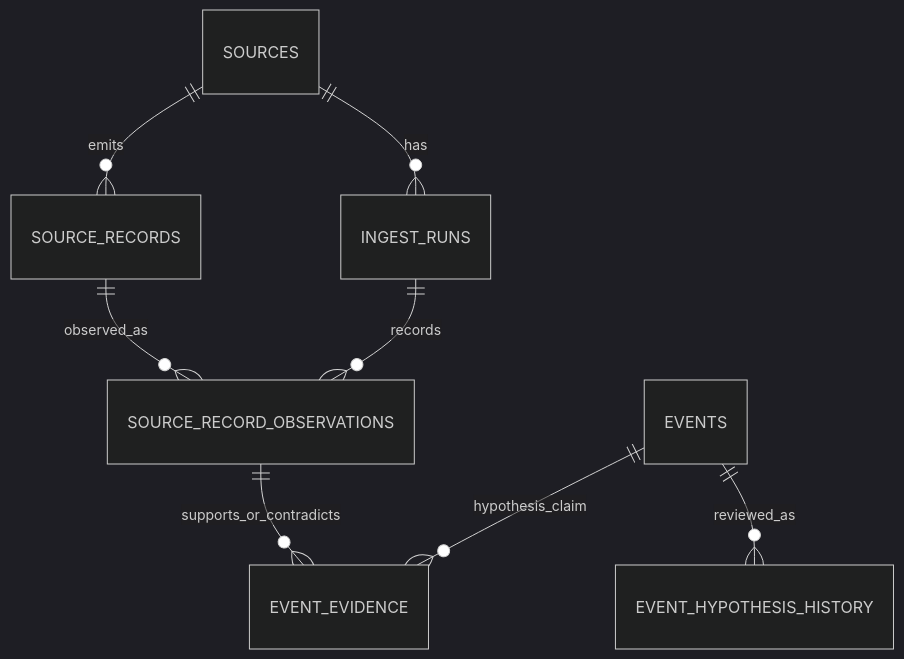
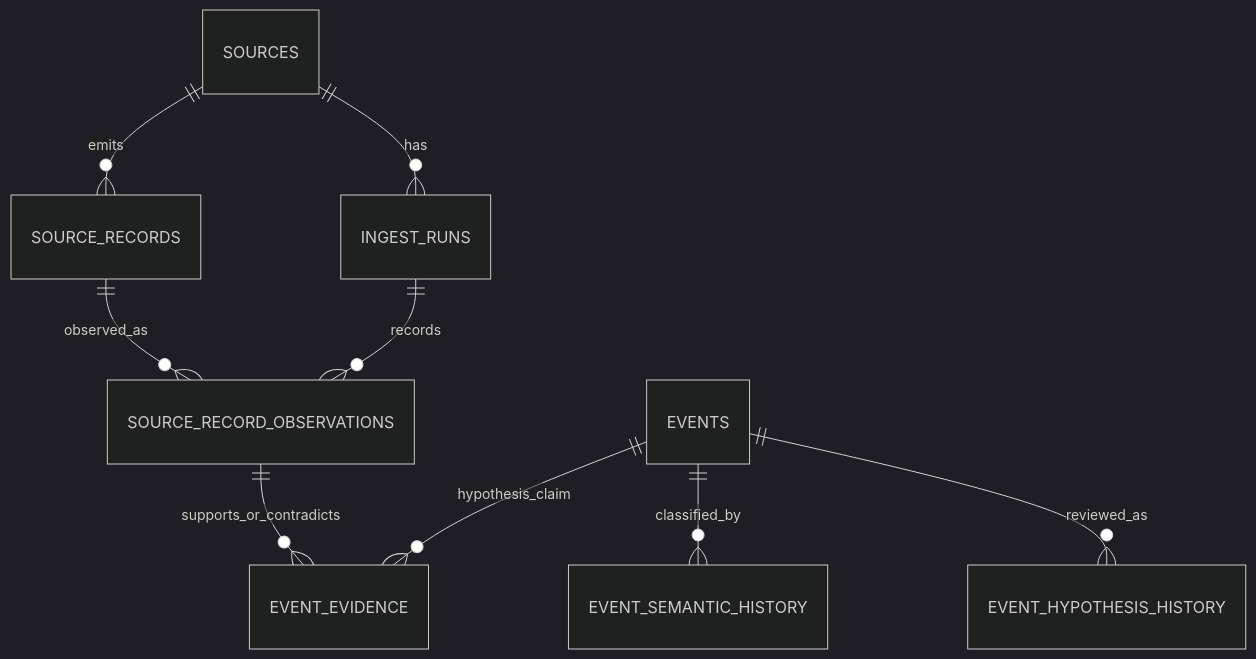
Before and after one commit to mksolutionsuniversal/polish-horizont: the diagram in docs/design/source-evidence-v1-adr.md, drawn with Mermaid (dark theme). The commit also changed other lines of this file, not shown here.

Commit message:
Clarify legacy event semantics in ADR

````diff
--- a/docs/design/source-evidence-v1-adr.md
+++ b/docs/design/source-evidence-v1-adr.md
@@ -46,10 +53,11 @@
 ```mermaid
 erDiagram
     SOURCES ||--o{ INGEST_RUNS : has
     SOURCES ||--o{ SOURCE_RECORDS : emits
     SOURCE_RECORDS ||--o{ SOURCE_RECORD_OBSERVATIONS : observed_as
     INGEST_RUNS ||--o{ SOURCE_RECORD_OBSERVATIONS : records
     SOURCE_RECORD_OBSERVATIONS ||--o{ EVENT_EVIDENCE : supports_or_contradicts
     EVENTS ||--o{ EVENT_EVIDENCE : hypothesis_claim
+    EVENTS ||--o{ EVENT_SEMANTIC_HISTORY : classified_by
     EVENTS ||--o{ EVENT_HYPOTHESIS_HISTORY : reviewed_as
 ```
````
